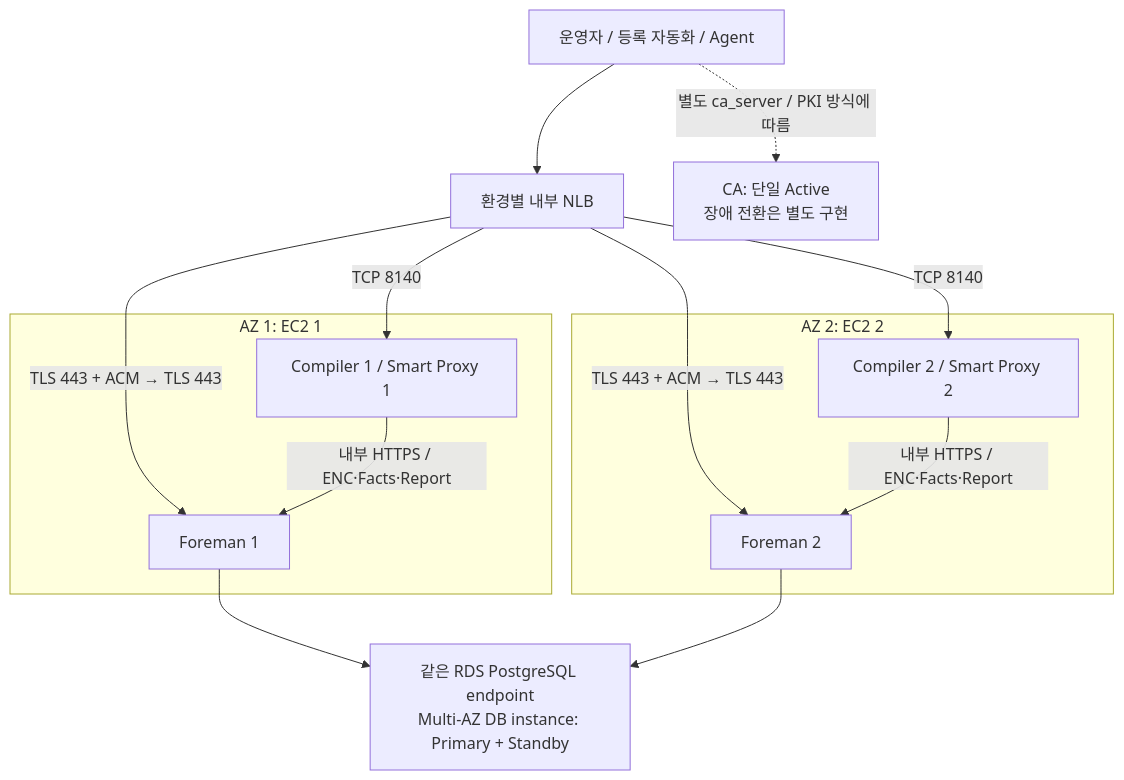
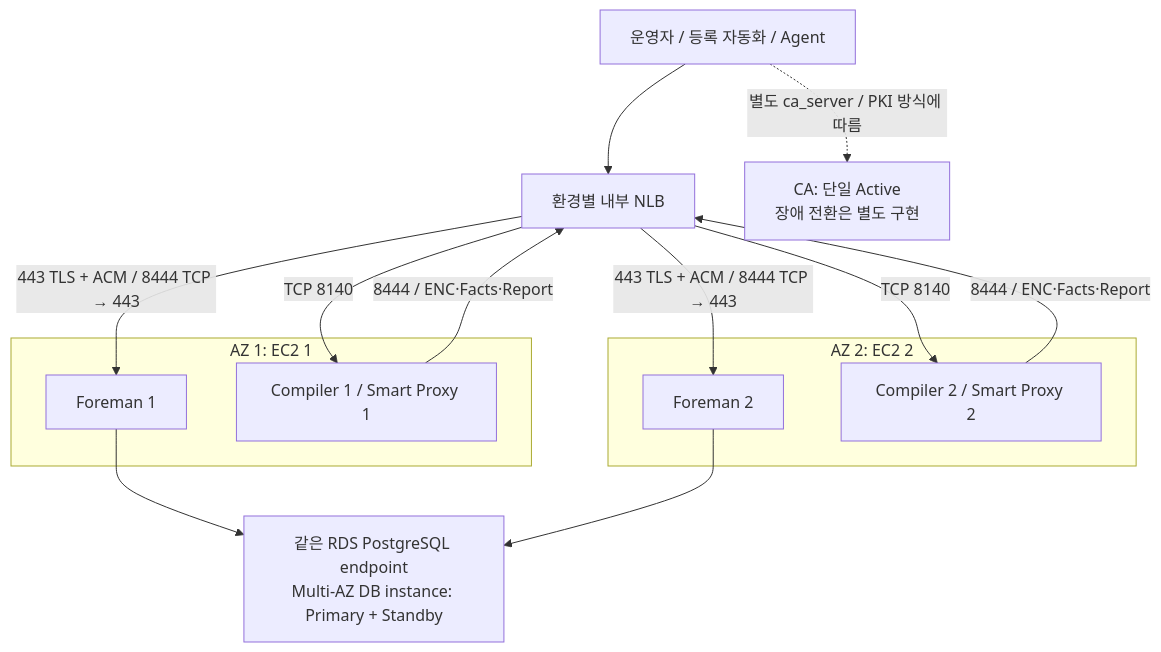
Before and after one commit to heyoon2j/y2-devops-lab: the diagram in foreman-puppet/docs/SERVER_TOPOLOGY.md, drawn with Mermaid. The commit also changed other lines of this file and 16 other files, not shown here.

````diff
--- a/foreman-puppet/docs/SERVER_TOPOLOGY.md
+++ b/foreman-puppet/docs/SERVER_TOPOLOGY.md
@@ -35,23 +35,23 @@
 ```mermaid
 flowchart TB
     A["운영자 / 등록 자동화 / Agent"] --> L["환경별 내부 NLB"]
     subgraph AZ1["AZ 1: EC2 1"]
       F1["Foreman 1"]
       P1["Compiler 1 / Smart Proxy 1"]
     end
     subgraph AZ2["AZ 2: EC2 2"]
       F2["Foreman 2"]
       P2["Compiler 2 / Smart Proxy 2"]
     end
-    L -->|"TLS 443 + ACM → TLS 443"| F1
-    L -->|"TLS 443 + ACM → TLS 443"| F2
+    L -->|"443 TLS + ACM / 8444 TCP → 443"| F1
+    L -->|"443 TLS + ACM / 8444 TCP → 443"| F2
     L -->|"TCP 8140"| P1
     L -->|"TCP 8140"| P2
     F1 --> D["같은 RDS PostgreSQL endpoint
 Multi-AZ DB instance: Primary + Standby"]
     F2 --> D
-    P1 -->|"내부 HTTPS / ENC·Facts·Report"| F1
-    P2 -->|"내부 HTTPS / ENC·Facts·Report"| F2
+    P1 -->|"8444 / ENC·Facts·Report"| L
+    P2 -->|"8444 / ENC·Facts·Report"| L
     A -.->|"별도 ca_server / PKI 방식에 따름"| C["CA: 단일 Active
 장애 전환은 별도 구현"]
 ```
````
